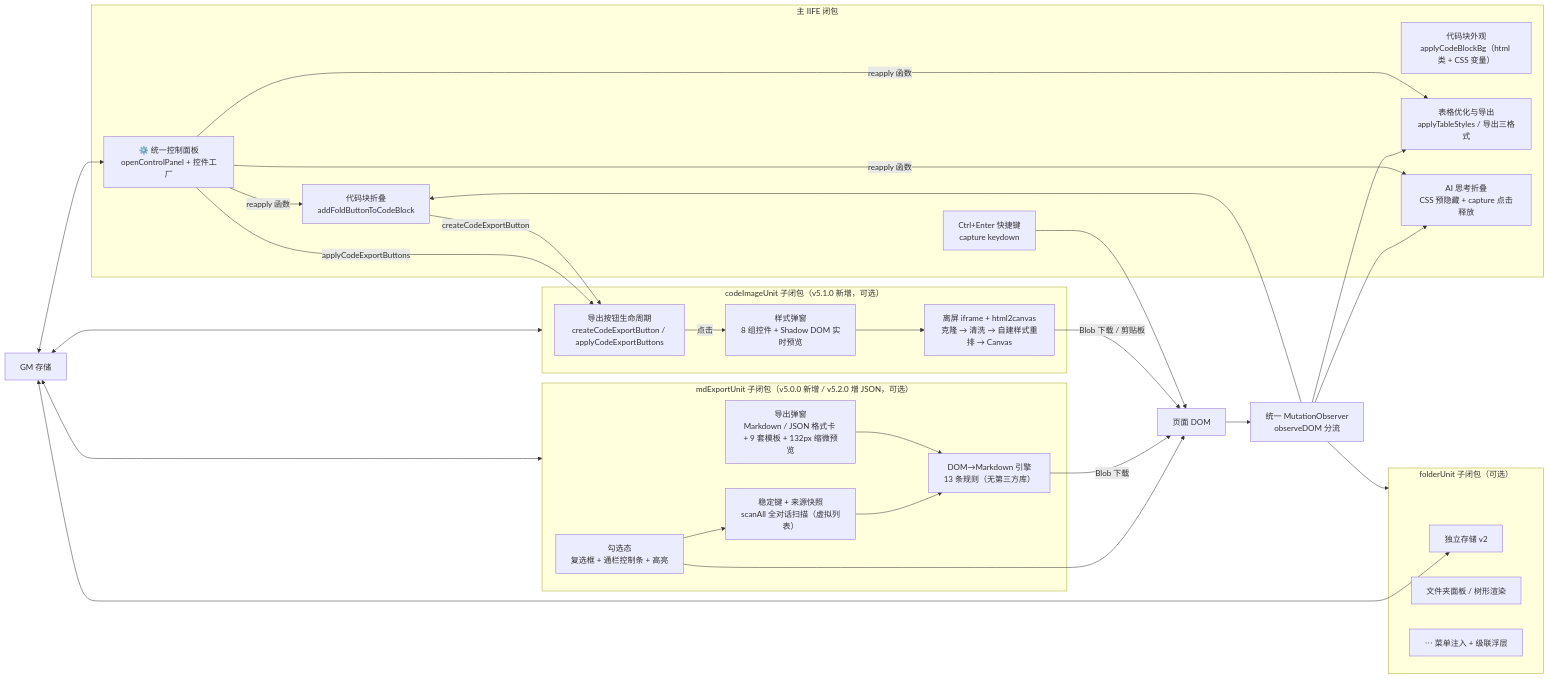
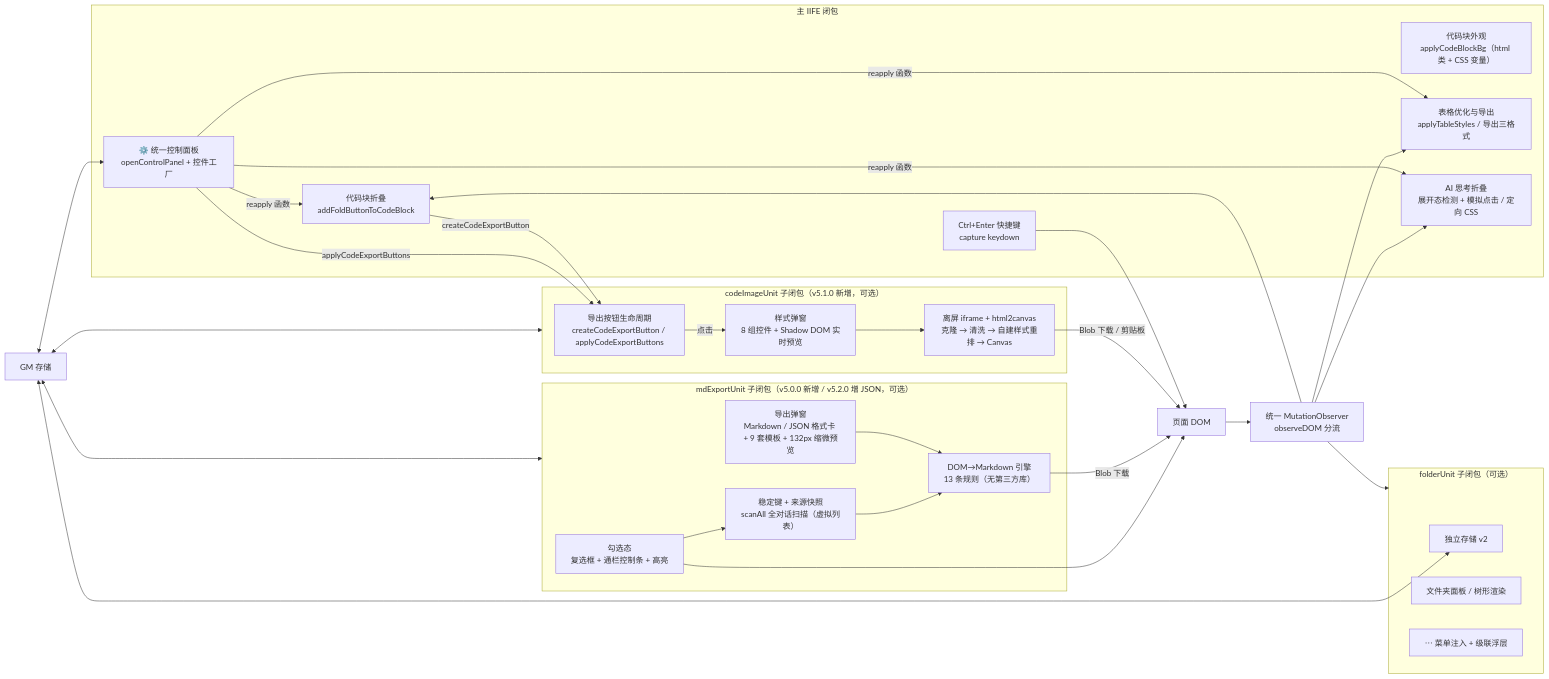
One commit to Chuc-Jie/deepseektool changed the first of 4 diagrams in MAP.md. Above: the diagram before and after it, drawn with Mermaid. The commit also changed other lines of this file and 4 other files, not shown here.

````diff
--- a/MAP.md
+++ b/MAP.md
@@ -52,47 +52,47 @@
 ```mermaid
 flowchart LR
     subgraph Main["主 IIFE 闭包"]
         Panel["⚙️ 统一控制面板<br/>openControlPanel + 控件工厂"]
         Fold["代码块折叠<br/>addFoldButtonToCodeBlock"]
         CodeBg["代码块外观<br/>applyCodeBlockBg（html 类 + CSS 变量）"]
         Table["表格优化与导出<br/>applyTableStyles / 导出三格式"]
-        Think["AI 思考折叠<br/>CSS 预隐藏 + capture 点击释放"]
+        Think["AI 思考折叠<br/>展开态检测 + 模拟点击 / 定向 CSS"]
         Keys["Ctrl+Enter 快捷键<br/>capture keydown"]
     end
     subgraph Folder["folderUnit 子闭包（可选）"]
         FData["独立存储 v2"]
         FPanel["文件夹面板 / 树形渲染"]
         FMenu["⋯ 菜单注入 + 级联浮层"]
     end
     subgraph MdExport["mdExportUnit 子闭包（v5.0.0 新增 / v5.2.0 增 JSON，可选）"]
         MScan["稳定键 + 来源快照<br/>scanAll 全对话扫描（虚拟列表）"]
         MDialog["导出弹窗<br/>Markdown / JSON 格式卡 + 9 套模板 + 132px 缩微预览"]
         MConv["DOM→Markdown 引擎<br/>13 条规则（无第三方库）"]
         MFlow["勾选态<br/>复选框 + 通栏控制条 + 高亮"]
     end
     subgraph CodeImg["codeImageUnit 子闭包（v5.1.0 新增，可选）"]
         CIBtn["导出按钮生命周期<br/>createCodeExportButton / applyCodeExportButtons"]
         CIDialog["样式弹窗<br/>8 组控件 + Shadow DOM 实时预览"]
         CIRender["离屏 iframe + html2canvas<br/>克隆 → 清洗 → 自建样式重排 → Canvas"]
     end
     DOM["页面 DOM"] --> Observer["统一 MutationObserver<br/>observeDOM 分流"]
     Observer --> Fold
     Observer --> Table
     Observer --> Think
     Observer --> Folder
     GM["GM 存储"] <--> Panel
     GM <--> FData
     GM <--> MdExport
     GM <--> CodeImg
     Panel -->|"reapply 函数"| Fold & Table & Think
     Panel -->|"applyCodeExportButtons"| CIBtn
     Keys --> DOM
     MFlow --> MScan --> MConv
     MDialog --> MConv
     MFlow --> DOM
     MConv -->|"Blob 下载"| DOM
     Fold -->|"createCodeExportButton"| CIBtn
     CIBtn -->|"点击"| CIDialog
     CIDialog --> CIRender
     CIRender -->|"Blob 下载 / 剪贴板"| DOM
 ```
````
